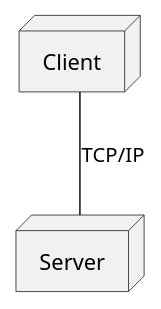
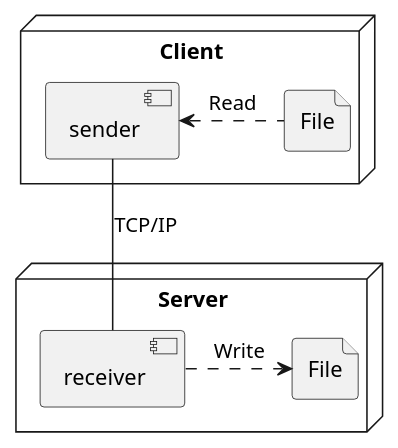
Before and after one commit to Huy-Ngo/ds2021: the diagram in pw1/system-org.puml, drawn with PlantUML. The commit also changed 9 other files, not shown here.

```diff
--- a/pw1/system-org.puml
+++ b/pw1/system-org.puml
@@ -1,6 +1,15 @@
 @startuml
-node Client as cli
-node Server as srv
+node Client as cli {
+	component sender
+	file "File" as f1
+}
+node Server as srv {
+	component receiver
+	file "File" as f2
+}
 
-cli -- srv : TCP/IP
+sender <. f1 : Read
+receiver .> f2 : Write
+
+sender -- receiver : TCP/IP
 @enduml
```
